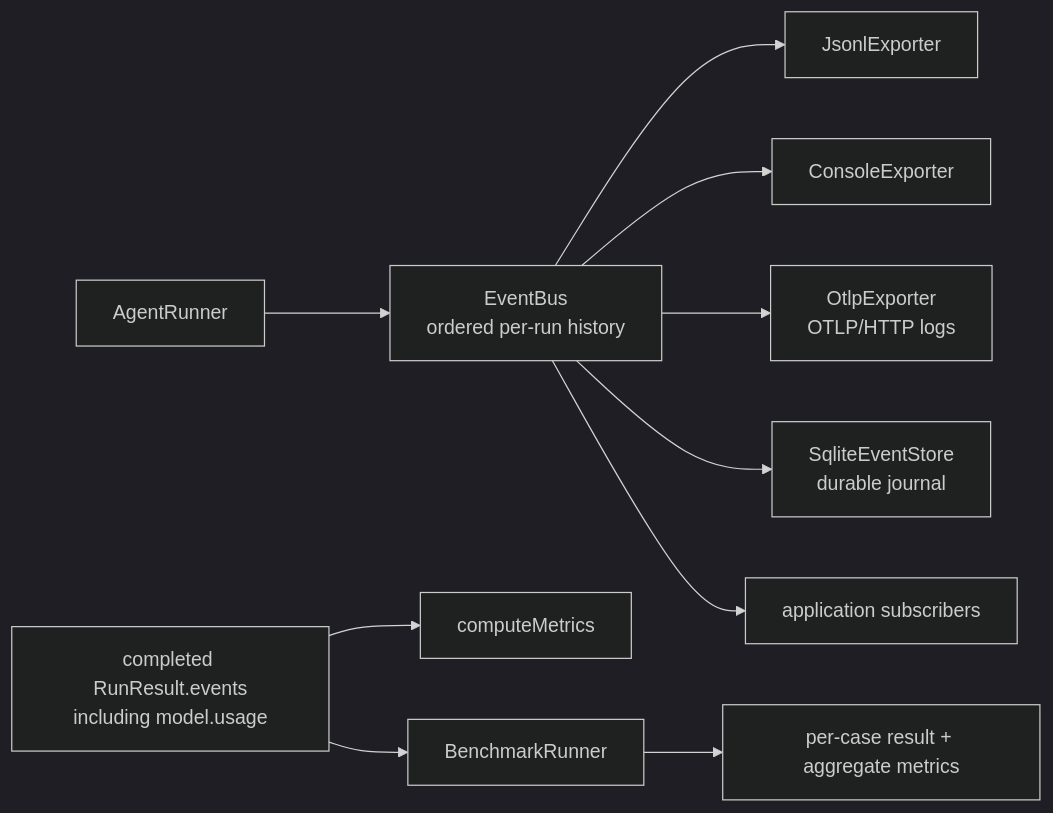
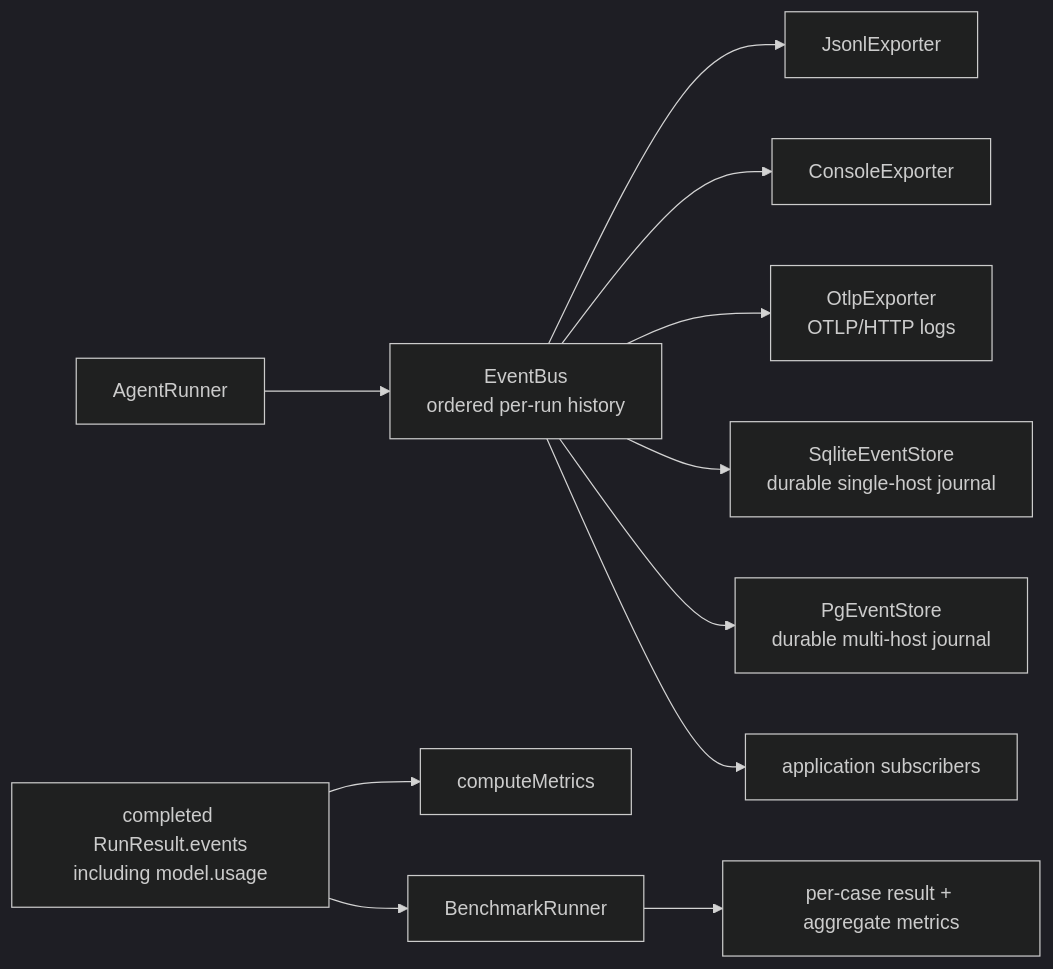
Before and after one commit to balureddy003/Naro: the ninth of 13 diagrams in docs/architecture.md, drawn with Mermaid (dark theme). The commit also changed other lines of this file and 1 other file, not shown here.

First line of the commit message:
Fix architecture.md drift: adapter-pg/adapter-harness were missing, multi-host claims were stale (#6)

````diff
--- a/docs/architecture.md
+++ b/docs/architecture.md
@@ -573,13 +578,14 @@
 ```mermaid
 flowchart LR
     runner["AgentRunner"] --> bus["EventBus\nordered per-run history"]
     bus --> jsonl["JsonlExporter"]
     bus --> console["ConsoleExporter"]
     bus --> otlp["OtlpExporter\nOTLP/HTTP logs"]
-    bus --> sqlite["SqliteEventStore\ndurable journal"]
+    bus --> sqlite["SqliteEventStore\ndurable single-host journal"]
+    bus --> pgstore["PgEventStore\ndurable multi-host journal"]
     bus --> ui["application subscribers"]
 
     history["completed RunResult.events\nincluding model.usage"] --> metrics["computeMetrics"]
     history --> benchmark["BenchmarkRunner"]
     benchmark --> report["per-case result + aggregate metrics"]
 ```
````
